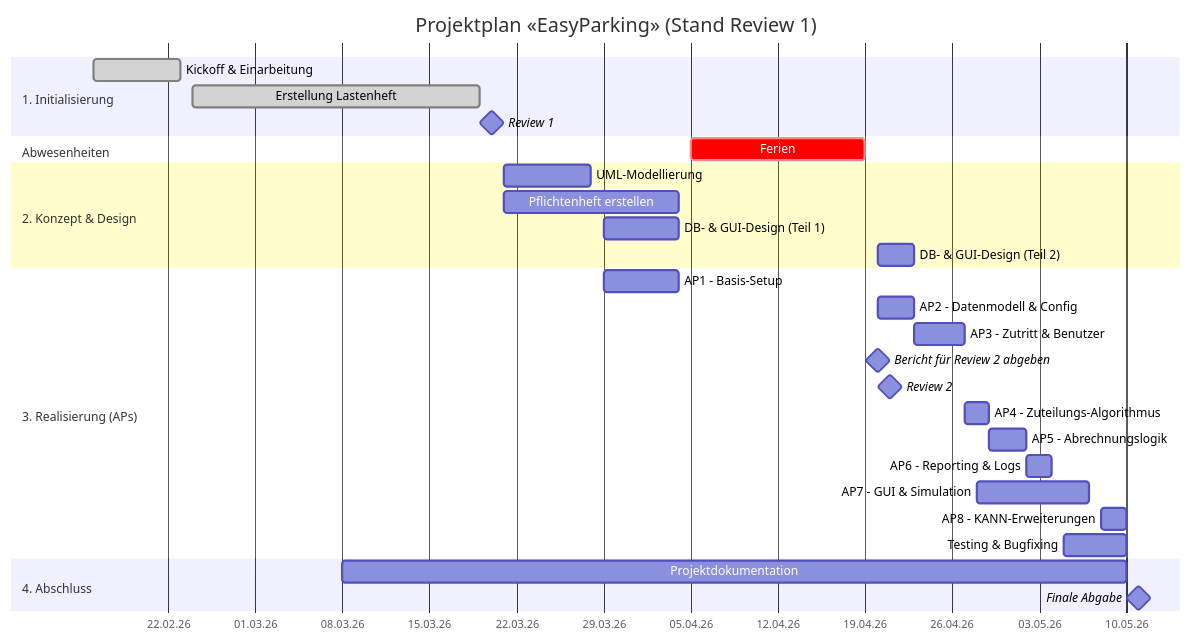
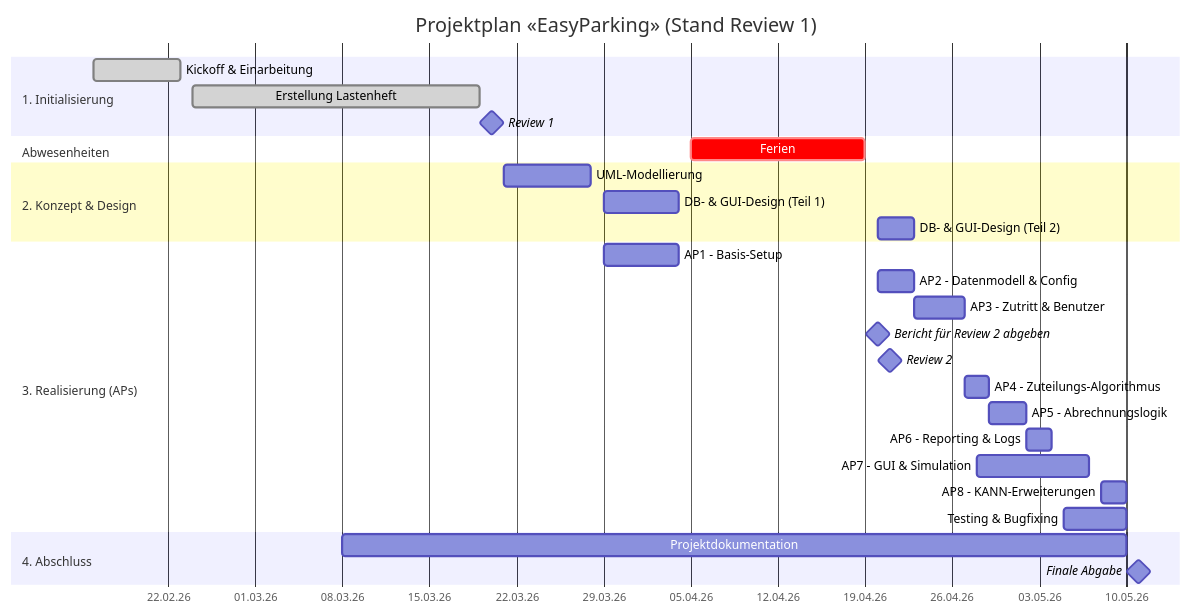
One commit to FaKiieZ/teko-projekt-software-engineering changed the first of 2 diagrams in docs/zeitplan.md. Above: the diagram before and after it, drawn with Mermaid. The commit also changed other lines of this file, not shown here.

````diff
--- a/docs/zeitplan.md
+++ b/docs/zeitplan.md
@@ -3,38 +7,37 @@
 ```mermaid
 gantt
     title Projektplan «EasyParking» (Stand Review 1)
     dateFormat  DD.MM.YYYY
     axisFormat  %d.%m.%y
     tickInterval 1w
 
     section 1. Initialisierung
     Kickoff & Einarbeitung         :done, 16.02.2026, 23.02.2026
     Erstellung Lastenheft          :done, 24.02.2026, 19.03.2026
     Review 1                       :milestone, 20.03.2026, 0d
 
     section Abwesenheiten
     Ferien                         :crit, 05.04.2026, 19.04.2026
 
     section 2. Konzept & Design
     UML-Modellierung               :21.03.2026, 28.03.2026
-    Pflichtenheft erstellen        :21.03.2026, 04.04.2026
     DB- & GUI-Design (Teil 1)      :29.03.2026, 04.04.2026
     DB- & GUI-Design (Teil 2)      :20.04.2026, 23.04.2026
 
     section 3. Realisierung (APs)
     AP1 - Basis-Setup              :29.03.2026, 04.04.2026
     AP2 - Datenmodell & Config     :20.04.2026, 3d
     AP3 - Zutritt & Benutzer       :23.04.2026, 4d
     Bericht für Review 2 abgeben   :milestone, 20.04.2026, 0d
     Review 2                       :milestone, 21.04.2026, 0d
     AP4 - Zuteilungs-Algorithmus   :27.04.2026, 2d
     AP5 - Abrechnungslogik         :29.04.2026, 3d
     AP6 - Reporting & Logs         :02.05.2026, 2d
     AP7 - GUI & Simulation         :28.04.2026, 07.05.2026
     AP8 - KANN-Erweiterungen       :08.05.2026, 2d
     Testing & Bugfixing            :05.05.2026, 10.05.2026
 
     section 4. Abschluss
     Projektdokumentation           :08.03.2026, 10.05.2026
     Finale Abgabe                  :milestone, 11.05.2026, 0d
 ```
````
